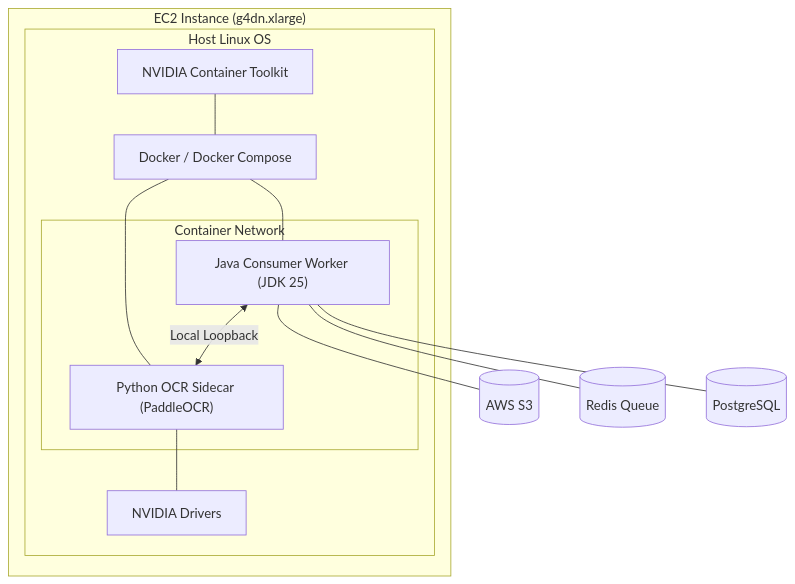
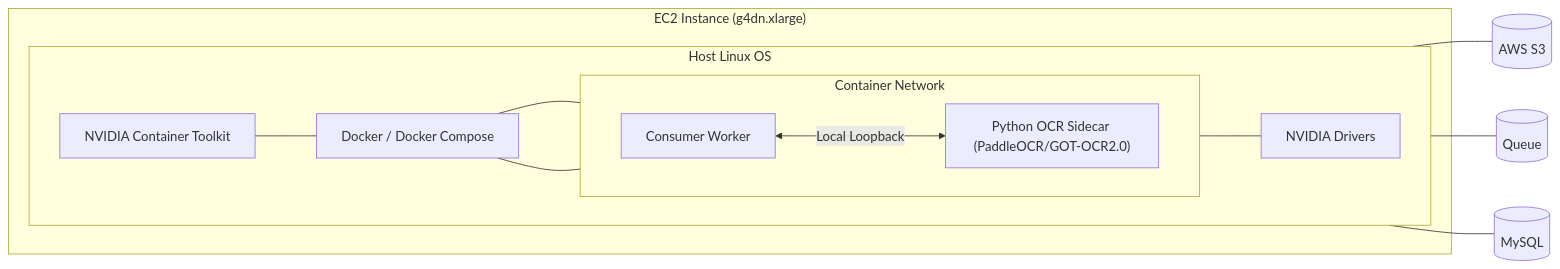
One commit to unilewis/claude-pod-recognize changed the second of 2 diagrams in docs/consumer_worker_design.md. Above: the diagram before and after it, drawn with Mermaid. The commit also changed 7 other files, not shown here.

````diff
--- a/docs/consumer_worker_design.md
+++ b/docs/consumer_worker_design.md
@@ -85,28 +85,30 @@
 ```mermaid
-graph TB
+graph LR
     subgraph EC2["EC2 Instance (g4dn.xlarge)"]
         subgraph HostOS["Host Linux OS"]
+            direction LR
             Driver["NVIDIA Drivers"]
             Toolkit["NVIDIA Container Toolkit"]
             Docker["Docker / Docker Compose"]
 
             subgraph Containers["Container Network"]
-                Java["Java Consumer Worker (JDK 25)"]
-                Python["Python OCR Sidecar (PaddleOCR)"]
+                direction LR
+                Java["Consumer Worker"]
+                Python["Python OCR Sidecar (PaddleOCR/GOT-OCR2.0)"]
             end
         end
     end
 
     S3[("AWS S3")]
-    Redis[("Redis Queue")]
-    DB[("PostgreSQL")]
+    Redis[("Queue")]
+    DB[("MySQL")]
 
     Java <-->|Local Loopback| Python
     Java --- S3
     Java --- Redis
     Java --- DB
     Python --- Driver
     Toolkit --- Docker
     Docker --- Java
     Docker --- Python
 ```
````
